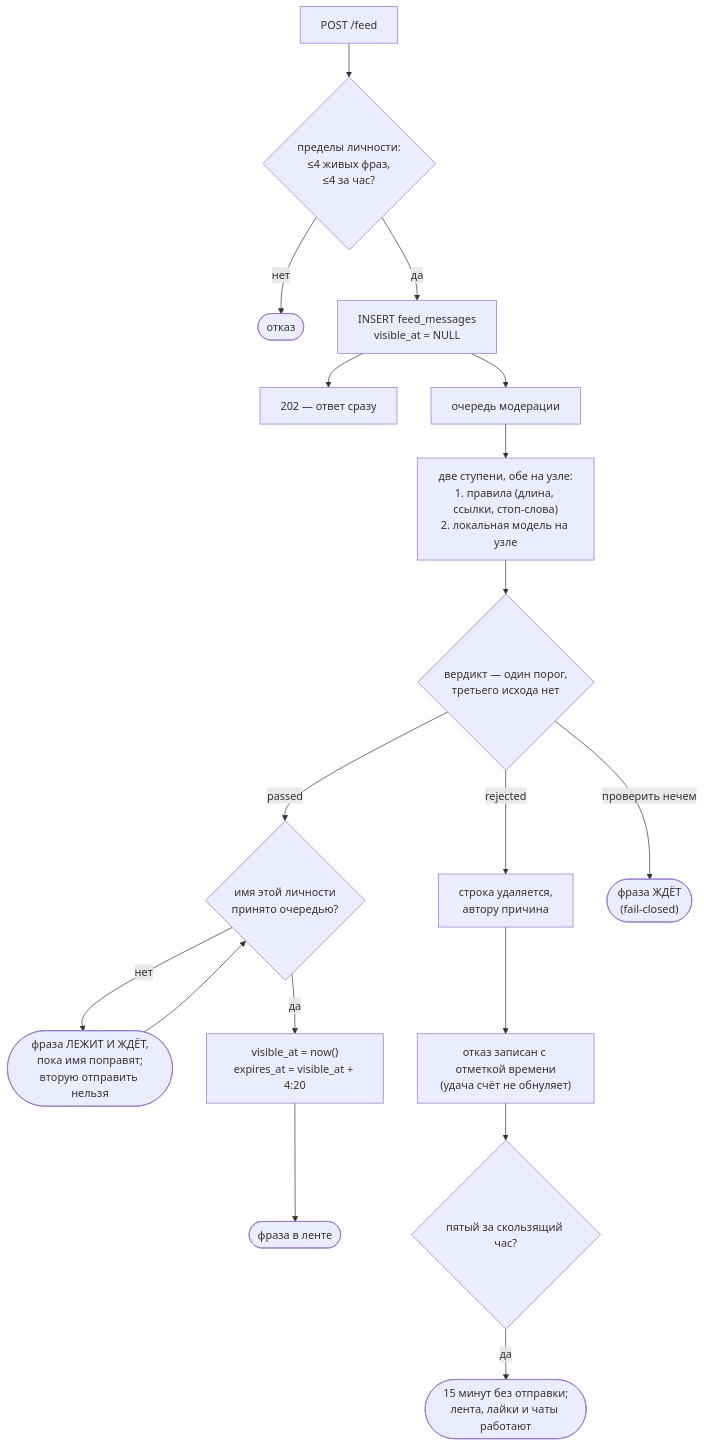
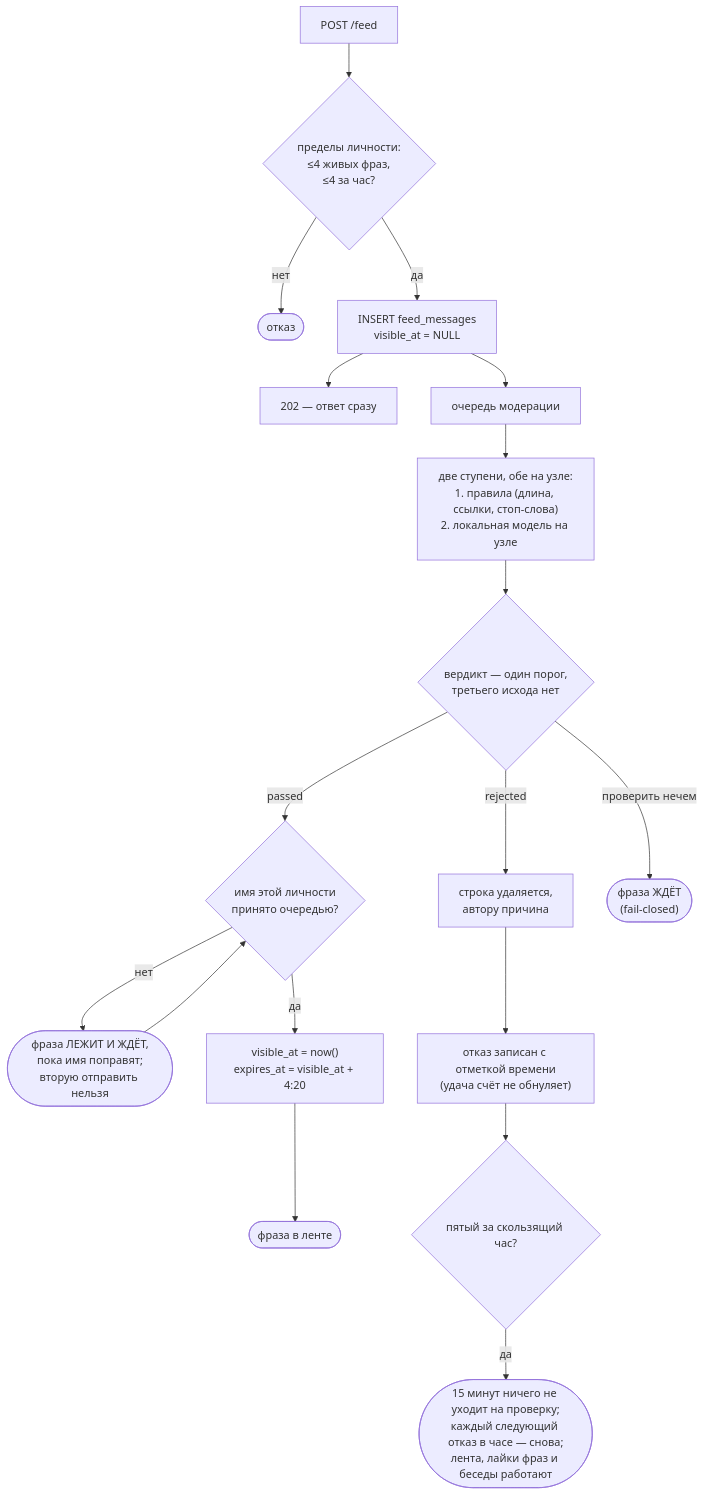
The seventh of 30 diagrams in docs/chat-flows_RU.md (panov-id/xor.ad), drawn with Mermaid before and after one commit. The commit also changed 7 other files, not shown here.

````diff
--- a/docs/chat-flows_RU.md
+++ b/docs/chat-flows_RU.md
@@ -218,20 +218,20 @@
 ```mermaid
 flowchart TD
   post["POST /feed"] --> limits{"пределы личности:<br/>≤4 живых фраз,<br/>≤4 за час?"}
   limits -- "нет" --> refuse(["отказ"])
   limits -- "да" --> insert["INSERT feed_messages<br/>visible_at = NULL"]
   insert --> ans["202 — ответ сразу"]
   insert --> queue["очередь модерации"]
   queue --> ladder["две ступени, обе на узле:<br/>1. правила #40;длина, ссылки, стоп-слова#41;<br/>2. локальная модель на узле"]
   ladder --> verdict{"вердикт — один порог,<br/>третьего исхода нет"}
   verdict -- "passed" --> name{"имя этой личности<br/>принято очередью?"}
   name -- "нет" --> hold(["фраза ЛЕЖИТ И ЖДЁТ,<br/>пока имя поправят;<br/>вторую отправить нельзя"])
   hold --> name
   name -- "да" --> live["visible_at = now#40;#41;<br/>expires_at = visible_at + 4:20"]
   live --> shown(["фраза в ленте"])
   verdict -- "rejected" --> del["строка удаляется,<br/>автору причина"]
   del --> count["отказ записан с отметкой времени<br/>#40;удача счёт не обнуляет#41;"]
   count --> block{"пятый за скользящий час?"}
-  block -- "да" --> mute(["15 минут без отправки;<br/>лента, лайки и чаты работают"])
+  block -- "да" --> mute(["15 минут ничего не уходит на проверку;<br/>каждый следующий отказ в часе — снова;<br/>лента, лайки фраз и беседы работают"])
   verdict -- "проверить нечем" --> wait(["фраза ЖДЁТ<br/>#40;fail-closed#41;"])
 ```
````
